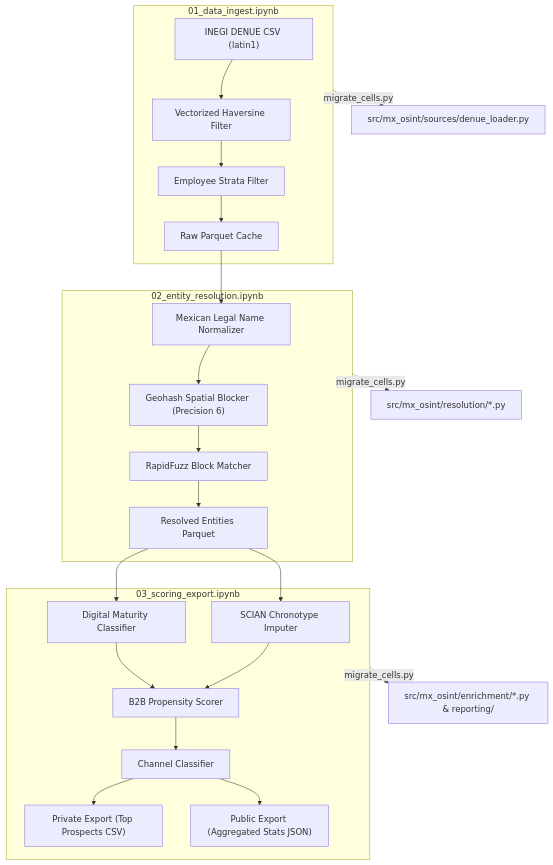
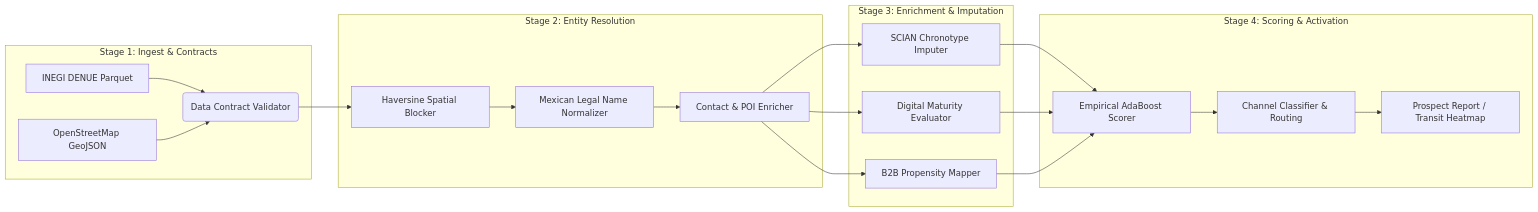
One commit to emmanuelol/mexico-commercial-osint changed the diagram in README.md. Above: the diagram before and after it, drawn with Mermaid. The commit also changed other lines of this file and 2 other files, not shown here.

Commit message:
docs: add OSINT methodology, makefile demo target, and flagship README (T-03)

````diff
--- a/README.md
+++ b/README.md
@@ -7,28 +31,25 @@
 ```mermaid
-flowchart TD
-    subgraph S1["01_data_ingest.ipynb"]
-        A["INEGI DENUE CSV (latin1)"] --> B["Vectorized Haversine Filter"]
-        B --> C["Employee Strata Filter"]
-        C --> D["Raw Parquet Cache"]
+graph LR
+    subgraph Stage 1: Ingest & Contracts
+        A[INEGI DENUE Parquet] --> C(Data Contract Validator)
+        B[OpenStreetMap GeoJSON] --> C
     end
 
-    subgraph S2["02_entity_resolution.ipynb"]
-        D --> E["Mexican Legal Name Normalizer"]
-        E --> F["Geohash Spatial Blocker (Precision 6)"]
-        F --> G["RapidFuzz Block Matcher"]
-        G --> H["Resolved Entities Parquet"]
+    subgraph Stage 2: Entity Resolution
+        C --> D[Haversine Spatial Blocker]
+        D --> E[Mexican Legal Name Normalizer]
+        E --> F[Contact & POI Enricher]
     end
 
-    subgraph S3["03_scoring_export.ipynb"]
-        H --> I["SCIAN Chronotype Imputer"]
-        H --> J["Digital Maturity Classifier"]
-        I & J --> K["B2B Propensity Scorer"]
-        K --> L["Channel Classifier"]
-        L --> M["Private Export (Top Prospects CSV)"]
-        L --> N["Public Export (Aggregated Stats JSON)"]
+    subgraph Stage 3: Enrichment & Imputation
+        F --> G[SCIAN Chronotype Imputer]
+        F --> H[Digital Maturity Evaluator]
+        F --> I[B2B Propensity Mapper]
     end
 
-    S1 -.->|migrate_cells.py| M1["src/mx_osint/sources/denue_loader.py"]
-    S2 -.->|migrate_cells.py| M2["src/mx_osint/resolution/*.py"]
-    S3 -.->|migrate_cells.py| M3["src/mx_osint/enrichment/*.py & reporting/"]
+    subgraph Stage 4: Scoring & Activation
+        G & H & I --> J[Empirical AdaBoost Scorer]
+        J --> K[Channel Classifier & Routing]
+        K --> L[Prospect Report / Transit Heatmap]
+    end
 ```
````
